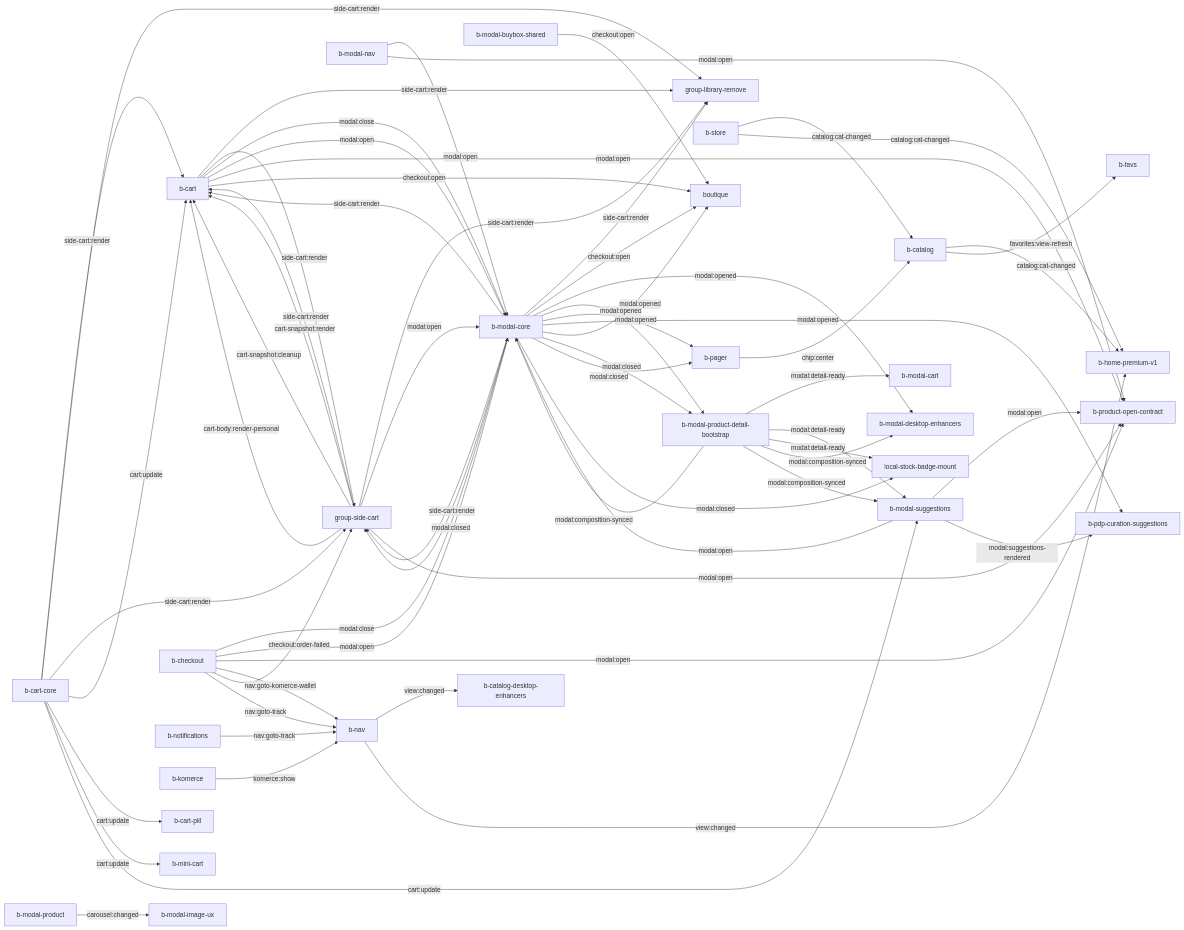
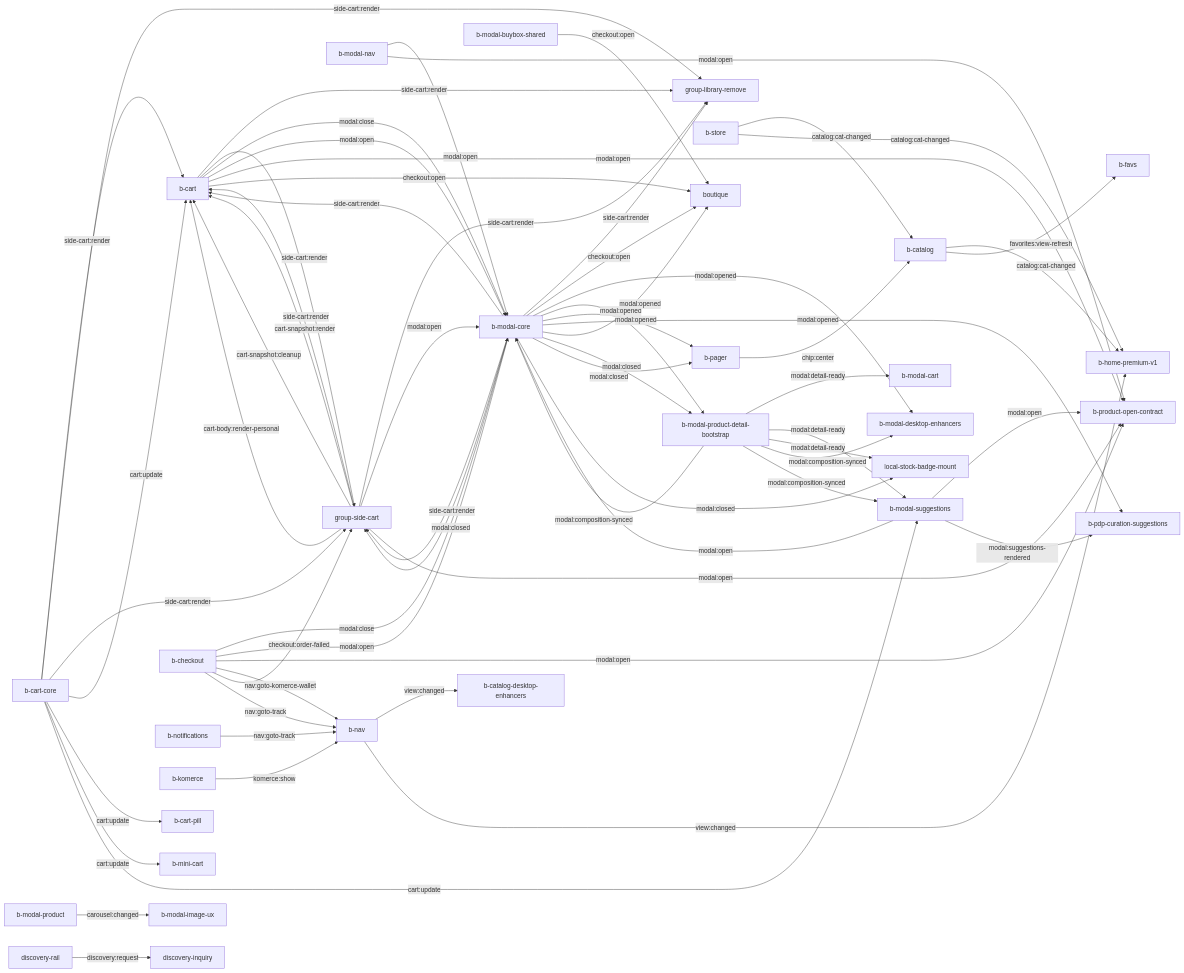
The diagram in docs/BOUTIQUE_360.md (SamyrFateh/komerce-backend), drawn with Mermaid before and after one commit. The commit also changed other lines of this file and 22 other files, not shown here.

````diff
--- a/docs/BOUTIQUE_360.md
+++ b/docs/BOUTIQUE_360.md
@@ -107,64 +109,65 @@
 ```mermaid
 graph LR
   b_cart["b-cart"] -->|side-cart:render| group_library_remove["group-library-remove"]
   b_cart["b-cart"] -->|side-cart:render| group_side_cart["group-side-cart"]
   b_cart_core["b-cart-core"] -->|side-cart:render| b_cart["b-cart"]
   b_cart_core["b-cart-core"] -->|side-cart:render| group_library_remove["group-library-remove"]
   b_cart_core["b-cart-core"] -->|side-cart:render| group_side_cart["group-side-cart"]
   b_modal_core["b-modal-core"] -->|side-cart:render| b_cart["b-cart"]
   b_modal_core["b-modal-core"] -->|side-cart:render| group_library_remove["group-library-remove"]
   b_modal_core["b-modal-core"] -->|side-cart:render| group_side_cart["group-side-cart"]
   group_side_cart["group-side-cart"] -->|side-cart:render| b_cart["b-cart"]
   group_side_cart["group-side-cart"] -->|side-cart:render| group_library_remove["group-library-remove"]
   b_cart_core["b-cart-core"] -->|cart:update| b_cart["b-cart"]
   b_cart_core["b-cart-core"] -->|cart:update| b_cart_pill["b-cart-pill"]
   b_cart_core["b-cart-core"] -->|cart:update| b_mini_cart["b-mini-cart"]
   b_cart_core["b-cart-core"] -->|cart:update| b_modal_suggestions["b-modal-suggestions"]
   b_cart["b-cart"] -->|modal:close| b_modal_core["b-modal-core"]
   b_checkout["b-checkout"] -->|modal:close| b_modal_core["b-modal-core"]
   b_cart["b-cart"] -->|modal:open| b_modal_core["b-modal-core"]
   b_cart["b-cart"] -->|modal:open| b_product_open_contract["b-product-open-contract"]
   b_checkout["b-checkout"] -->|modal:open| b_modal_core["b-modal-core"]
   b_checkout["b-checkout"] -->|modal:open| b_product_open_contract["b-product-open-contract"]
   b_modal_nav["b-modal-nav"] -->|modal:open| b_modal_core["b-modal-core"]
   b_modal_nav["b-modal-nav"] -->|modal:open| b_product_open_contract["b-product-open-contract"]
   b_modal_suggestions["b-modal-suggestions"] -->|modal:open| b_modal_core["b-modal-core"]
   b_modal_suggestions["b-modal-suggestions"] -->|modal:open| b_product_open_contract["b-product-open-contract"]
   group_side_cart["group-side-cart"] -->|modal:open| b_modal_core["b-modal-core"]
   group_side_cart["group-side-cart"] -->|modal:open| b_product_open_contract["b-product-open-contract"]
   b_cart["b-cart"] -->|checkout:open| boutique["boutique"]
   b_modal_buybox_shared["b-modal-buybox-shared"] -->|checkout:open| boutique["boutique"]
   b_modal_core["b-modal-core"] -->|checkout:open| boutique["boutique"]
   group_side_cart["group-side-cart"] -->|cart-snapshot:render| b_cart["b-cart"]
   group_side_cart["group-side-cart"] -->|cart-snapshot:cleanup| b_cart["b-cart"]
   group_side_cart["group-side-cart"] -->|cart-body:render-personal| b_cart["b-cart"]
   b_nav["b-nav"] -->|view:changed| b_catalog_desktop_enhancers["b-catalog-desktop-enhancers"]
   b_nav["b-nav"] -->|view:changed| b_home_premium_v1["b-home-premium-v1"]
   b_catalog["b-catalog"] -->|catalog:cat-changed| b_home_premium_v1["b-home-premium-v1"]
   b_store["b-store"] -->|catalog:cat-changed| b_catalog["b-catalog"]
   b_store["b-store"] -->|catalog:cat-changed| b_home_premium_v1["b-home-premium-v1"]
   b_catalog["b-catalog"] -->|favorites:view-refresh| b_favs["b-favs"]
   b_pager["b-pager"] -->|chip:center| b_catalog["b-catalog"]
   b_checkout["b-checkout"] -->|nav:goto-komerce-wallet| b_nav["b-nav"]
   b_checkout["b-checkout"] -->|checkout:order-failed| group_side_cart["group-side-cart"]
   b_checkout["b-checkout"] -->|nav:goto-track| b_nav["b-nav"]
   b_notifications["b-notifications"] -->|nav:goto-track| b_nav["b-nav"]
   b_komerce["b-komerce"] -->|komerce:show| b_nav["b-nav"]
   b_modal_product_detail_bootstrap["b-modal-product-detail-bootstrap"] -->|modal:detail-ready| b_modal_cart["b-modal-cart"]
   b_modal_product_detail_bootstrap["b-modal-product-detail-bootstrap"] -->|modal:detail-ready| b_modal_suggestions["b-modal-suggestions"]
   b_modal_product_detail_bootstrap["b-modal-product-detail-bootstrap"] -->|modal:detail-ready| local_stock_badge_mount["local-stock-badge-mount"]
   b_modal_core["b-modal-core"] -->|modal:opened| b_modal_desktop_enhancers["b-modal-desktop-enhancers"]
   b_modal_core["b-modal-core"] -->|modal:opened| b_modal_product_detail_bootstrap["b-modal-product-detail-bootstrap"]
   b_modal_core["b-modal-core"] -->|modal:opened| b_pager["b-pager"]
   b_modal_core["b-modal-core"] -->|modal:opened| b_pdp_curation_suggestions["b-pdp-curation-suggestions"]
   b_modal_core["b-modal-core"] -->|modal:opened| boutique["boutique"]
   b_modal_core["b-modal-core"] -->|modal:closed| b_modal_product_detail_bootstrap["b-modal-product-detail-bootstrap"]
   b_modal_core["b-modal-core"] -->|modal:closed| b_pager["b-pager"]
   b_modal_core["b-modal-core"] -->|modal:closed| group_side_cart["group-side-cart"]
   b_modal_core["b-modal-core"] -->|modal:closed| local_stock_badge_mount["local-stock-badge-mount"]
   b_modal_product_detail_bootstrap["b-modal-product-detail-bootstrap"] -->|modal:composition-synced| b_modal_core["b-modal-core"]
   b_modal_product_detail_bootstrap["b-modal-product-detail-bootstrap"] -->|modal:composition-synced| b_modal_desktop_enhancers["b-modal-desktop-enhancers"]
   b_modal_product_detail_bootstrap["b-modal-product-detail-bootstrap"] -->|modal:composition-synced| b_modal_suggestions["b-modal-suggestions"]
   b_modal_product["b-modal-product"] -->|carousel:changed| b_modal_image_ux["b-modal-image-ux"]
   b_modal_suggestions["b-modal-suggestions"] -->|modal:suggestions-rendered| b_pdp_curation_suggestions["b-pdp-curation-suggestions"]
+  discovery_rail["discovery-rail"] -->|discovery:request| discovery_inquiry["discovery-inquiry"]
 ```
````
